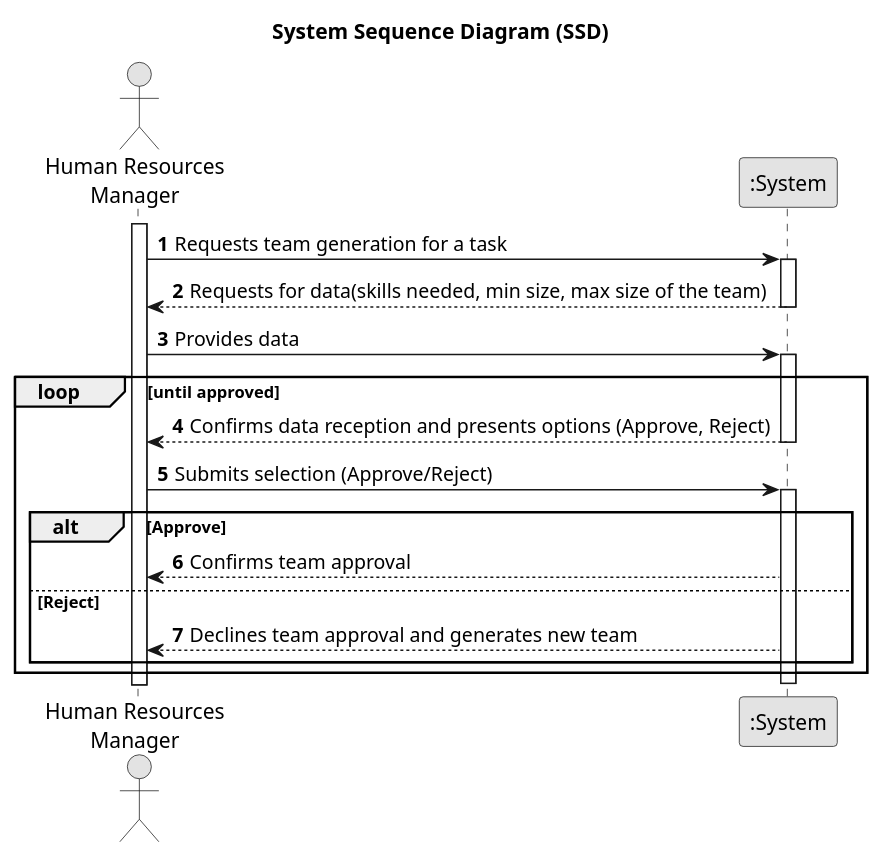
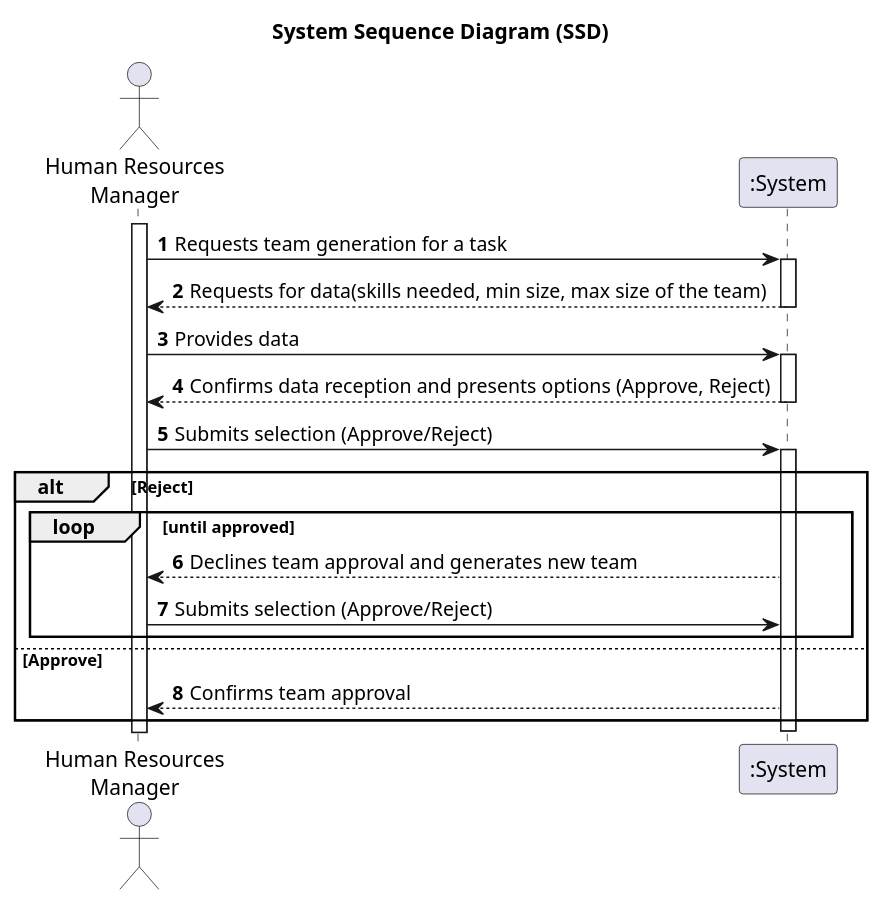
One commit to Mendoncaa/LAPR2 changed the diagram in docs/sprintB/us005/01.requirements-engineering/puml/us005-system-sequence-diagram.puml. Above: the diagram before and after it, drawn with PlantUML. The commit also changed 11 other files, not shown here.

```diff
--- a/docs/sprintB/us005/01.requirements-engineering/puml/us005-system-sequence-diagram.puml
+++ b/docs/sprintB/us005/01.requirements-engineering/puml/us005-system-sequence-diagram.puml
@@ -1,40 +1,39 @@
 @startuml
-skinparam monochrome true
-skinparam packageStyle rectangle
 skinparam shadowing false
 
 title System Sequence Diagram (SSD)
 
 autonumber
 
 actor "Human Resources\nManager" as HRManager
 participant ":System" as System
 
 activate HRManager
 
 HRManager -> System : Requests team generation for a task
 activate System
 
     System --> HRManager : Requests for data(skills needed, min size, max size of the team)
     deactivate System
 
     HRManager -> System : Provides data
     activate System
 
-    loop until approved
-        System --> HRManager : Confirms data reception and presents options (Approve, Reject)
-        deactivate System
+    System --> HRManager : Confirms data reception and presents options (Approve, Reject)
+    deactivate System
 
-        HRManager -> System : Submits selection (Approve/Reject)
-        activate System
+    HRManager -> System : Submits selection (Approve/Reject)
+    activate System
 
-        alt Approve
-            System --> HRManager : Confirms team approval
-        else Reject
+    alt Reject
+        loop until approved
             System --> HRManager : Declines team approval and generates new team
+            HRManager -> System : Submits selection (Approve/Reject)
         end
-    end loop
+    else Approve
+        System --> HRManager : Confirms team approval
+    end
 
 deactivate System
 
 @enduml
```
